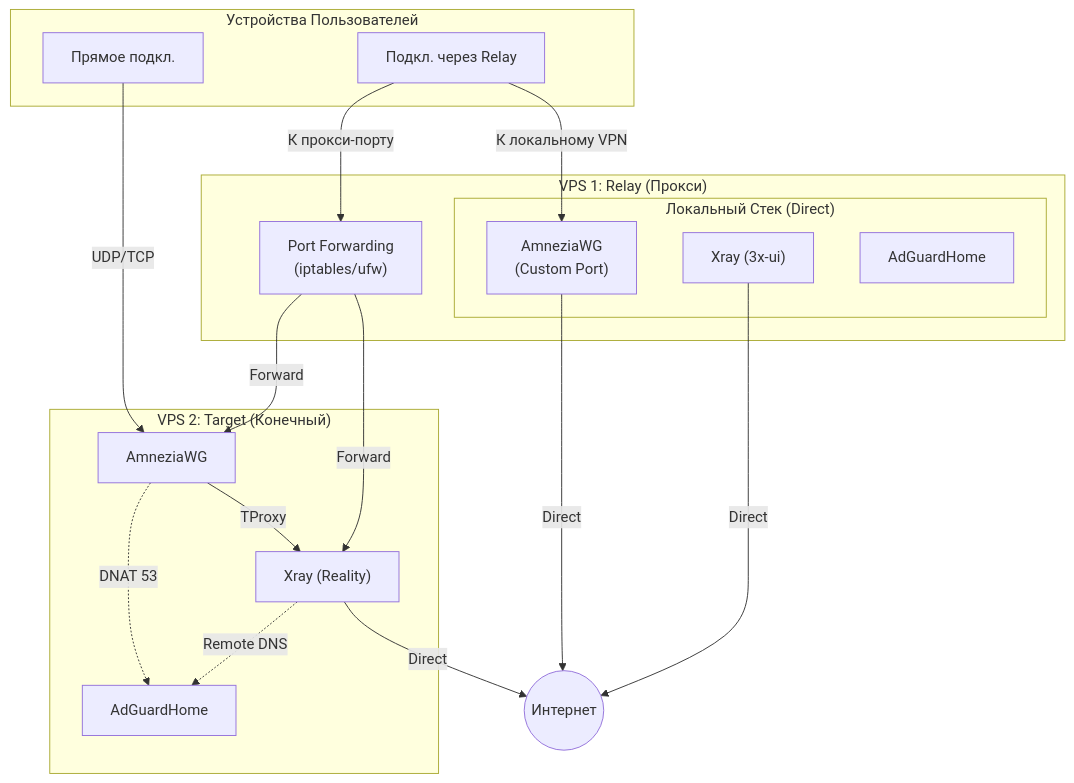
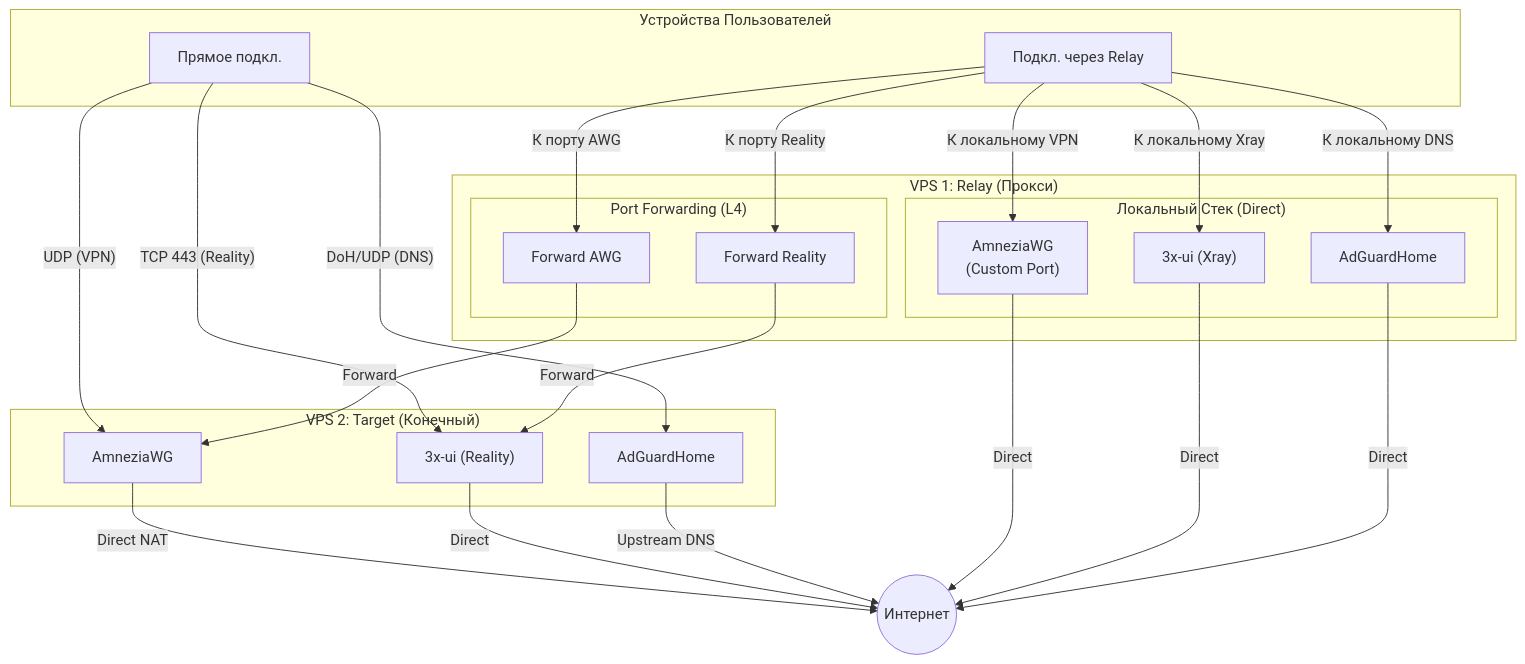
Before and after one commit to SpIvanM/3x-awg-adg-bundle: the diagram in AGENTS.md, drawn with Mermaid. The commit also changed other lines of this file, not shown here.

Commit message:
docs: remove TProxy and update diagram with direct access and 3x-ui labels

````diff
--- a/AGENTS.md
+++ b/AGENTS.md
@@ -56,40 +55,51 @@
 ```mermaid
 graph TD
     subgraph Clients ["Устройства Пользователей"]
         U_Dir["Прямое подкл."]
         U_Rel["Подкл. через Relay"]
     end
 
     subgraph RelayVPS ["VPS 1: Relay (Прокси)"]
-        PF["Port Forwarding <br/>(iptables/ufw)"]
+        subgraph PF ["Port Forwarding (L4)"]
+            PF_AWG["Forward AWG"]
+            PF_XR["Forward Reality"]
+        end
+        
         subgraph RLoc ["Локальный Стек (Direct)"]
             RAWG["AmneziaWG <br/>(Custom Port)"]
-            RXR["Xray (3x-ui)"]
+            RXR["3x-ui (Xray)"]
             RAGH["AdGuardHome"]
         end
     end
 
     subgraph TargetVPS ["VPS 2: Target (Конечный)"]
         TAWG["AmneziaWG"]
-        TXR["Xray (Reality)"]
+        TXR["3x-ui (Reality)"]
         TAGH["AdGuardHome"]
-        
-        TAWG -->|"TProxy"| TXR
-        TAWG -.->|"DNAT 53"| TAGH
-        TXR -.->|"Remote DNS"| TAGH
     end
 
     Net(("Интернет"))
 
-    %% Connections
-    U_Dir -->|"UDP/TCP"| TAWG
-    U_Rel -->|"К прокси-порту"| PF
+    %% Connections to Target (Direct)
+    U_Dir -->|"UDP (VPN)"| TAWG
+    U_Dir -->|"TCP 443 (Reality)"| TXR
+    U_Dir -->|"DoH/UDP (DNS)"| TAGH
+    
+    TAWG -->|"Direct NAT"| Net
+    TXR -->|"Direct"| Net
+    TAGH -->|"Upstream DNS"| Net
+
+    %% Connections to Relay
+    U_Rel -->|"К порту AWG"| PF_AWG
+    U_Rel -->|"К порту Reality"| PF_XR
     U_Rel -->|"К локальному VPN"| RAWG
-    
-    PF -->|"Forward"| TAWG
-    PF -->|"Forward"| TXR
+    U_Rel -->|"К локальному Xray"| RXR
+    U_Rel -->|"К локальному DNS"| RAGH
+
+    PF_AWG -->|"Forward"| TAWG
+    PF_XR -->|"Forward"| TXR
     
     RAWG -->|"Direct"| Net
     RXR -->|"Direct"| Net
-    TXR -->|"Direct"| Net
+    RAGH -->|"Direct"| Net
 ```
````
